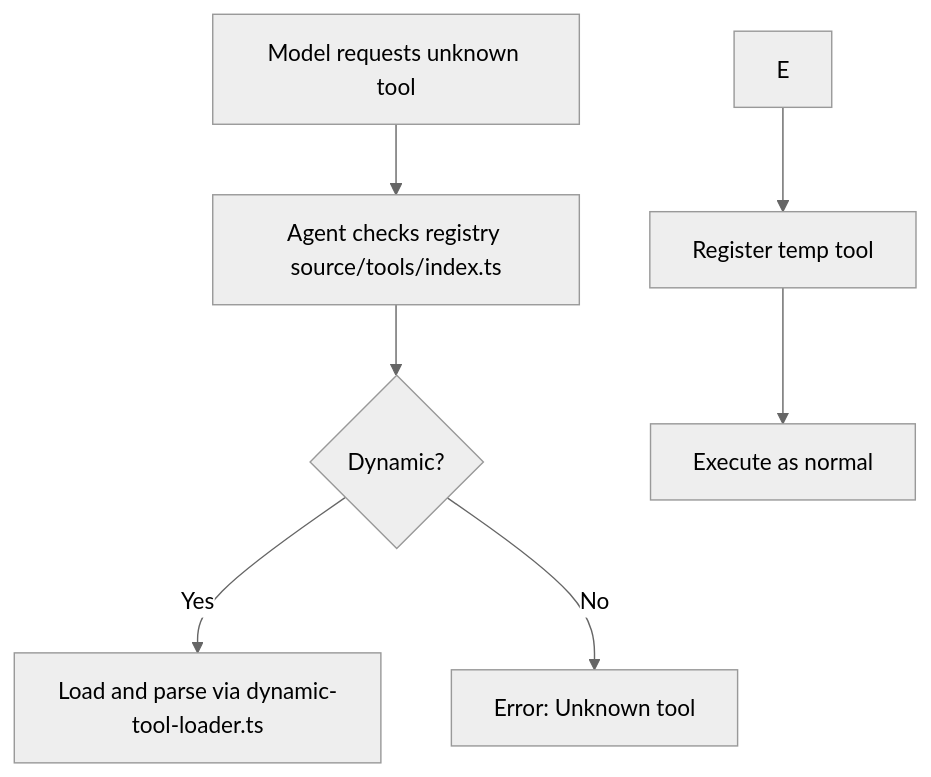
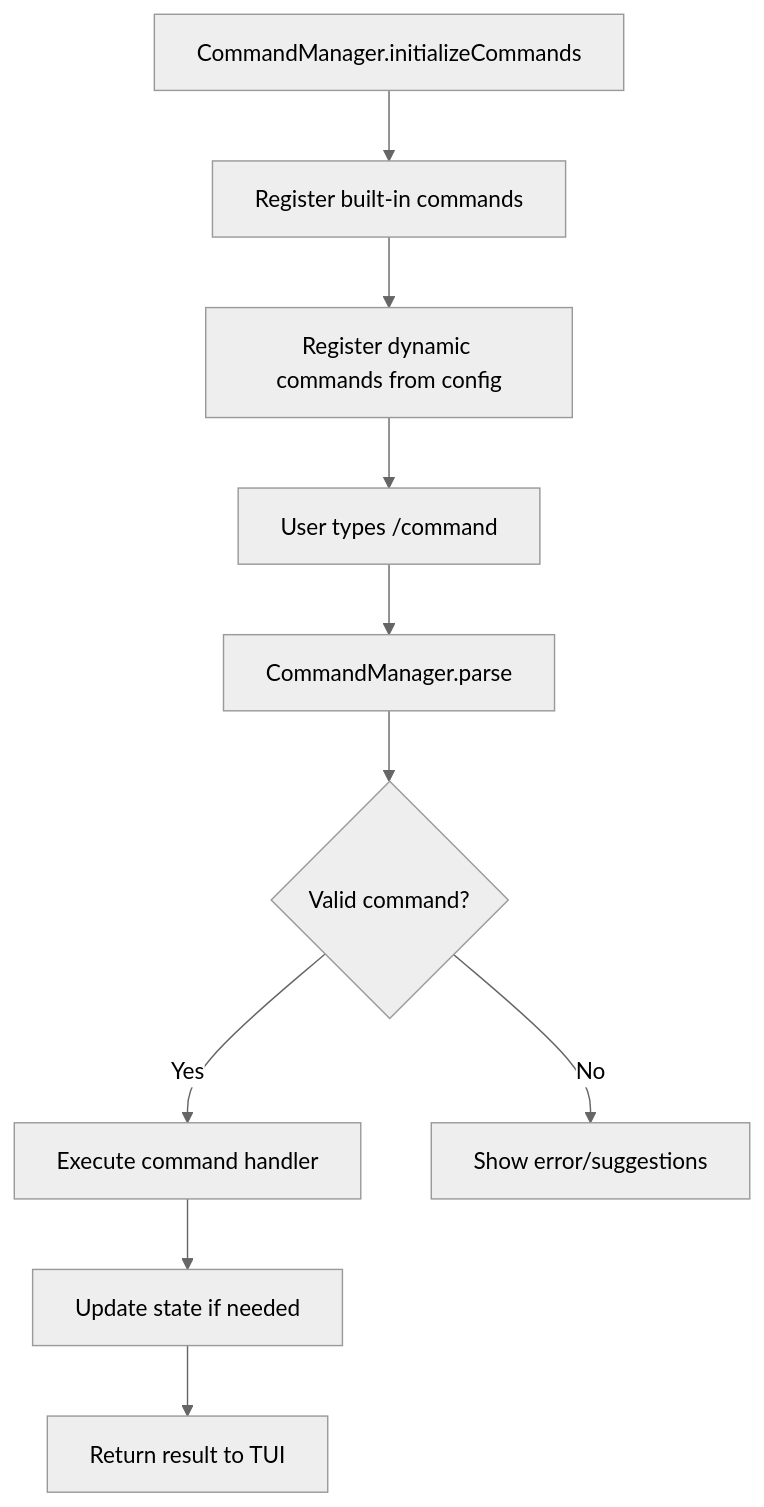
Before and after one commit to travisennis/acai-ts: the sixth of 7 diagrams in ARCHITECTURE.md, drawn with Mermaid (neutral theme). The commit also changed other lines of this file, not shown here.

First line of the commit message:
docs(architecture): update ARCHITECTURE.md to reflect current project state

````diff
--- a/ARCHITECTURE.md
+++ b/ARCHITECTURE.md
@@ -528,9 +632,12 @@
 ```mermaid
 graph TD
-  A[Model requests unknown tool] --> B[Agent checks registry source/tools/index.ts]
-  B --> C{Dynamic?}
-  C -->|Yes| D[Load and parse via dynamic-tool-loader.ts]
-  E --> F[Register temp tool]
-  F --> G[Execute as normal]
-  C -->|No| H[Error: Unknown tool]
+  A[CommandManager.initializeCommands] --> B[Register built-in commands]
+  B --> C[Register dynamic commands from config]
+  C --> D[User types /command]
+  D --> E[CommandManager.parse]
+  E --> F{Valid command?}
+  F -->|Yes| G[Execute command handler]
+  F -->|No| H[Show error/suggestions]
+  G --> I[Update state if needed]
+  I --> J[Return result to TUI]
 ```
````
